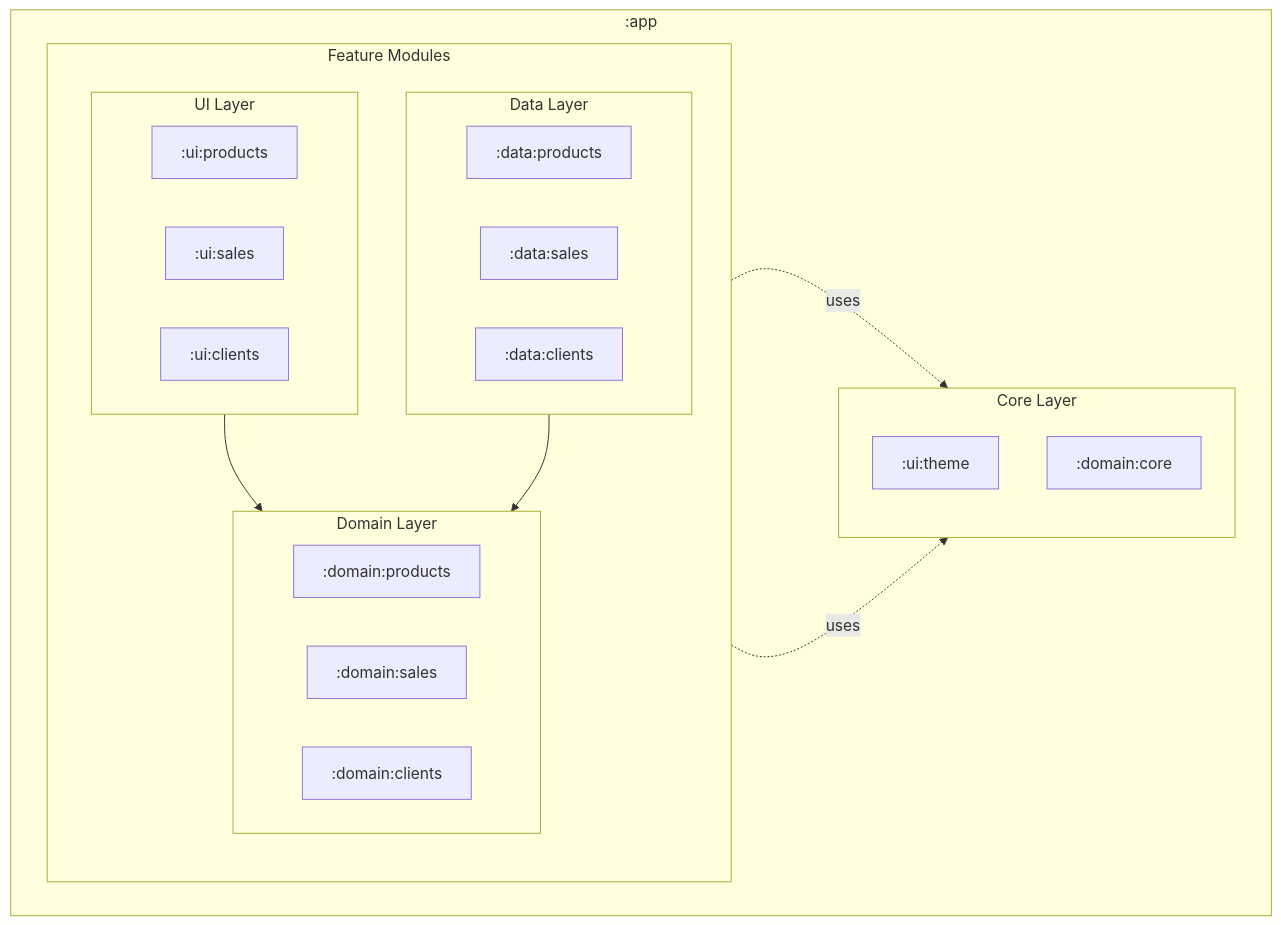
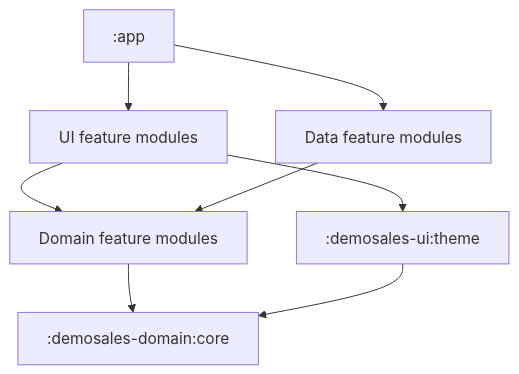
The diagram in README.md (zayelmech/PuntroSales-Demo), drawn with Mermaid before and after one commit. The commit also changed other lines of this file, not shown here.

Commit message:
docs: update README with updated features, fulfillment plan, and architecture

````diff
--- a/README.md
+++ b/README.md
@@ -98,45 +109,10 @@
 ```mermaid
-
 flowchart TB
-
-    subgraph APP[":app"]
-        direction LR
-
-        subgraph CORE["Core Layer"]
-            direction TB
-            ui_theme[":ui:theme"]
-            dom_core[":domain:core"]
-        end
-
-        subgraph FEATURES["Feature Modules"]
-            direction TB
-
-            subgraph UI["UI Layer"]
-                direction LR
-                ui_products[":ui:products"]
-                ui_sales[":ui:sales"]
-                ui_clients[":ui:clients"]
-            end
-
-            subgraph DOMAIN["Domain Layer"]
-                direction LR
-                dom_products[":domain:products"]
-                dom_sales[":domain:sales"]
-                dom_clients[":domain:clients"]
-            end
-
-            subgraph DATA["Data Layer"]
-                direction LR
-                dat_products[":data:products"]
-                dat_sales[":data:sales"]
-                dat_clients[":data:clients"]
-            end
-        end
-    end
-
-    UI --> DOMAIN
-    DATA --> DOMAIN
-
-    UI -. uses .-> CORE
-    DOMAIN -. uses .-> CORE
+    app[":app"] --> ui["UI feature modules"]
+    app --> data["Data feature modules"]
+    ui --> domain["Domain feature modules"]
+    data --> domain
+    ui --> theme[":demosales-ui:theme"]
+    domain --> core[":demosales-domain:core"]
+    theme --> core
 ```
````
